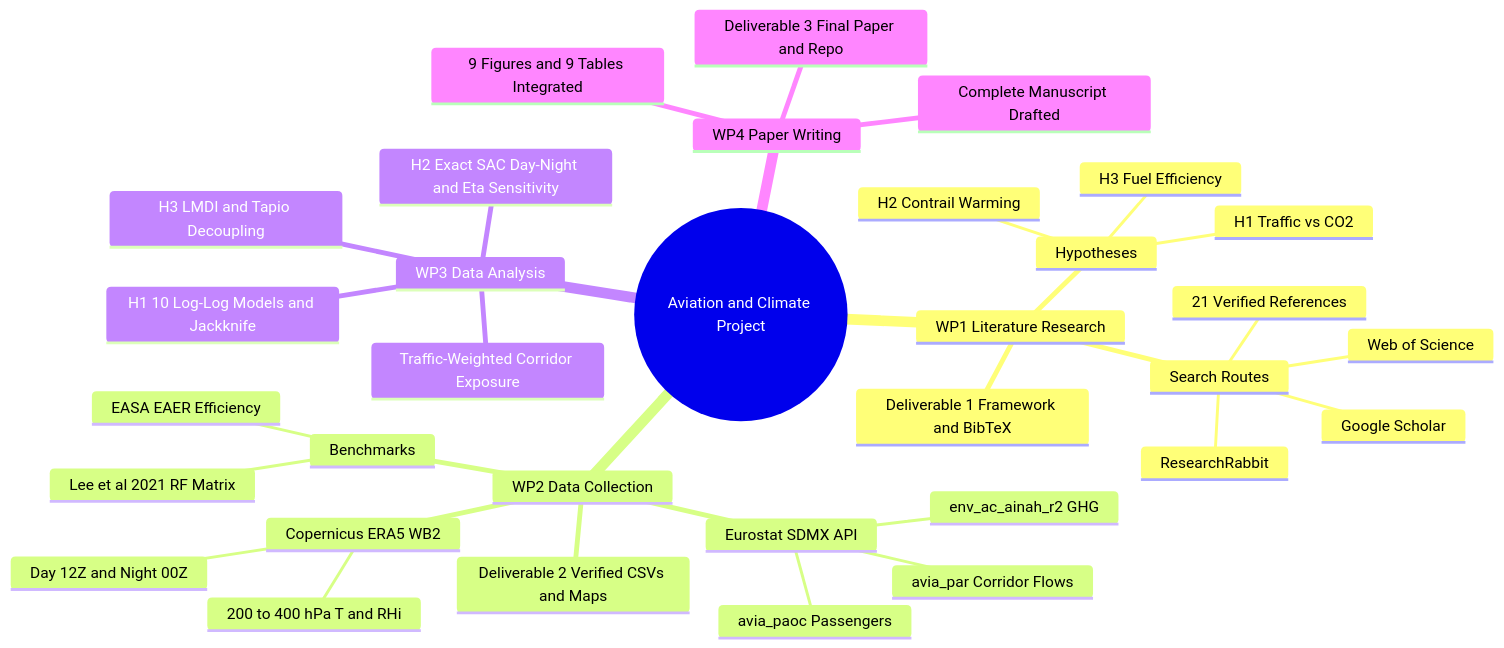
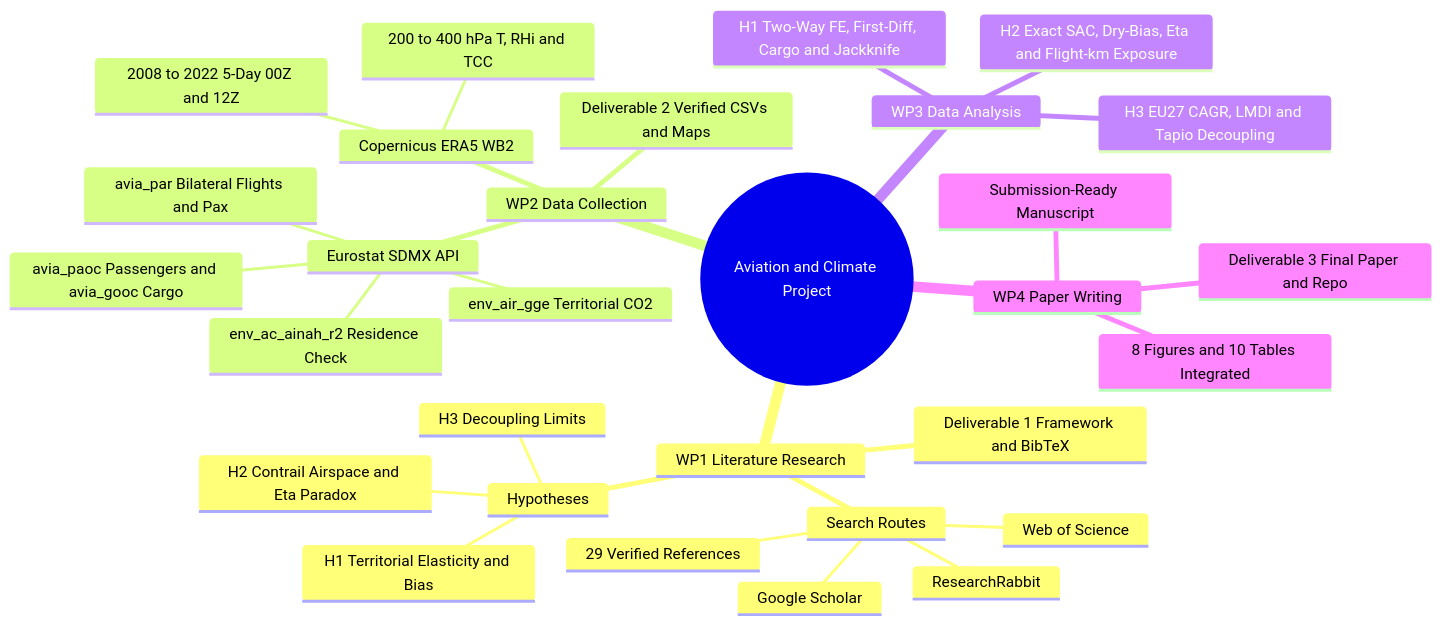
The first of 3 diagrams in README.md (SanRoy-9/Aviation_and_Climate_Change), drawn with Mermaid before and after one commit. The commit also changed other lines of this file, not shown here.

````diff
--- a/README.md
+++ b/README.md
@@ -96,36 +97,33 @@
 ```mermaid
 mindmap
   root((Aviation and Climate Project))
     WP1 Literature Research
       Search Routes
         Web of Science
         Google Scholar
         ResearchRabbit
-        21 Verified References
+        29 Verified References
       Hypotheses
-        H1 Traffic vs CO2
-        H2 Contrail Warming
-        H3 Fuel Efficiency
+        H1 Territorial Elasticity and Bias
+        H2 Contrail Airspace and Eta Paradox
+        H3 Decoupling Limits
       Deliverable 1 Framework and BibTeX
     WP2 Data Collection
       Eurostat SDMX API
-        env_ac_ainah_r2 GHG
-        avia_paoc Passengers
-        avia_par Corridor Flows
+        env_air_gge Territorial CO2
+        env_ac_ainah_r2 Residence Check
+        avia_paoc Passengers and avia_gooc Cargo
+        avia_par Bilateral Flights and Pax
       Copernicus ERA5 WB2
-        200 to 400 hPa T and RHi
-        Day 12Z and Night 00Z
-      Benchmarks
-        Lee et al 2021 RF Matrix
-        EASA EAER Efficiency
+        2008 to 2022 5-Day 00Z and 12Z
+        200 to 400 hPa T, RHi and TCC
       Deliverable 2 Verified CSVs and Maps
     WP3 Data Analysis
-      H1 10 Log-Log Models and Jackknife
-      H2 Exact SAC Day-Night and Eta Sensitivity
-      H3 LMDI and Tapio Decoupling
-      Traffic-Weighted Corridor Exposure
+      H1 Two-Way FE, First-Diff, Cargo and Jackknife
+      H2 Exact SAC, Dry-Bias, Eta and Flight-km Exposure
+      H3 EU27 CAGR, LMDI and Tapio Decoupling
     WP4 Paper Writing
-      Complete Manuscript Drafted
-      9 Figures and 9 Tables Integrated
+      Submission-Ready Manuscript
+      8 Figures and 10 Tables Integrated
       Deliverable 3 Final Paper and Repo
 ```
````
